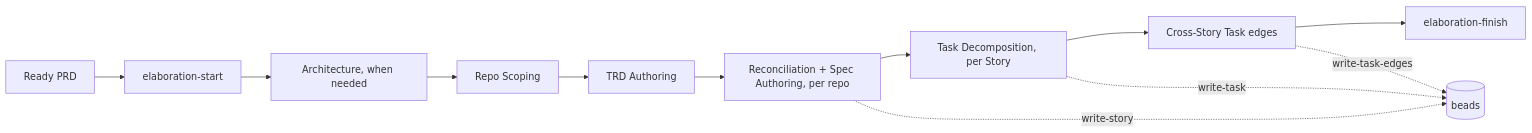
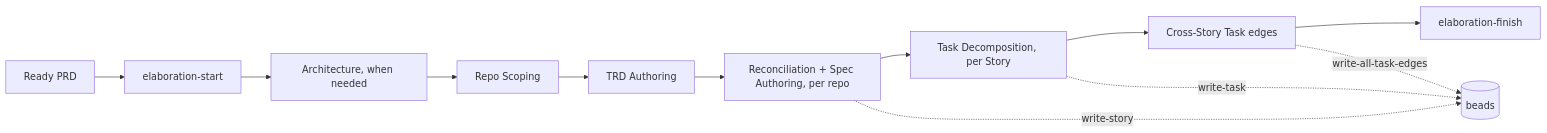
One commit to mark-satterfield/toolset changed the second of 4 diagrams in plugins/agent-teams-workforce/AGENT-TEAMS-WORKFORCE.md. Above: the diagram before and after it, drawn with Mermaid. The commit also changed other lines of this file and 4 other files, not shown here.

First line of the commit message:
fix(agent-teams-workforce): write the cross-Story Task edges with one command

````diff
--- a/plugins/agent-teams-workforce/AGENT-TEAMS-WORKFORCE.md
+++ b/plugins/agent-teams-workforce/AGENT-TEAMS-WORKFORCE.md
@@ -50,13 +50,13 @@
 ```mermaid
 graph LR
   P[Ready PRD] --> L[elaboration-start]
   L --> A[Architecture, when needed] --> RS[Repo Scoping]
   RS --> R[TRD Authoring]
   R --> S[Reconciliation + Spec Authoring, per repo]
   S --> T[Task Decomposition, per Story]
   T --> X[Cross-Story Task edges]
   X --> E[elaboration-finish]
   S -. write-story .-> B[(beads)]
   T -. write-task .-> B
-  X -. write-task-edges .-> B
+  X -. write-all-task-edges .-> B
 ```
````
